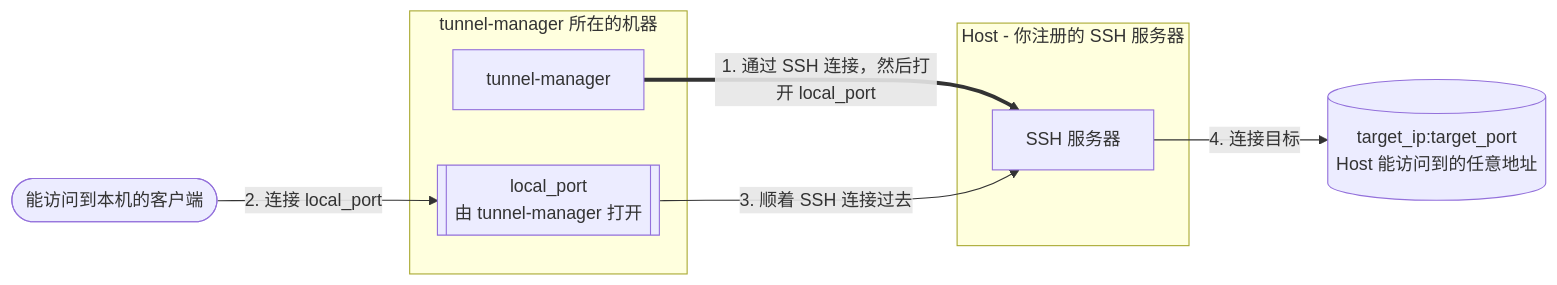
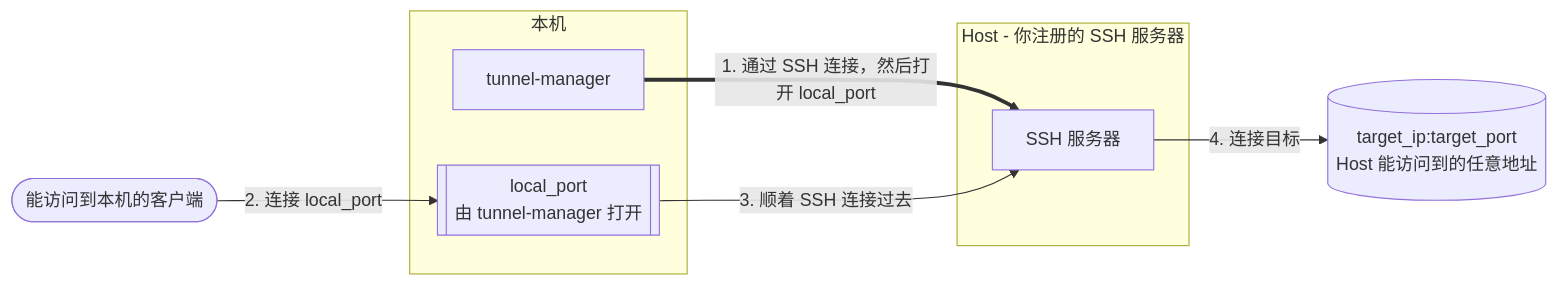
Before and after one commit to jollaman999/tunnel-manager: the second of 3 diagrams in docs/reference.zh.md, drawn with Mermaid. The commit also changed other lines of this file and 3 other files, not shown here.

````diff
--- a/docs/reference.zh.md
+++ b/docs/reference.zh.md
@@ -244,17 +244,17 @@
 ```mermaid
 flowchart LR
     client(["能访问到本机的客户端"])
-    subgraph here ["tunnel-manager 所在的机器"]
+    subgraph here ["本机"]
         port[["local_port<br/>由 tunnel-manager 打开"]]
         tm["tunnel-manager"]
     end
     subgraph host ["Host - 你注册的 SSH 服务器"]
         sshd["SSH 服务器"]
     end
     target[("target_ip:target_port<br/>Host 能访问到的任意地址")]
 
     tm ==>|"1. 通过 SSH 连接，然后打开 local_port"| sshd
     client -->|"2. 连接 local_port"| port
     port -->|"3. 顺着 SSH 连接过去"| sshd
     sshd -->|"4. 连接目标"| target
 ```
````
